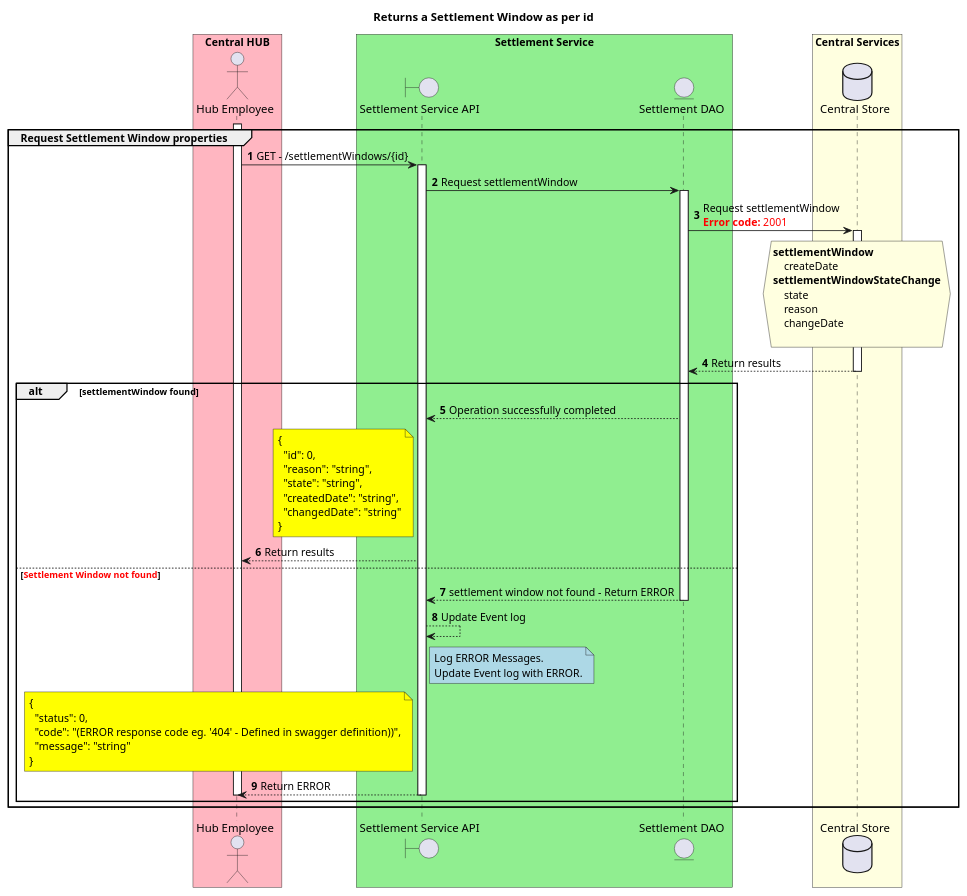
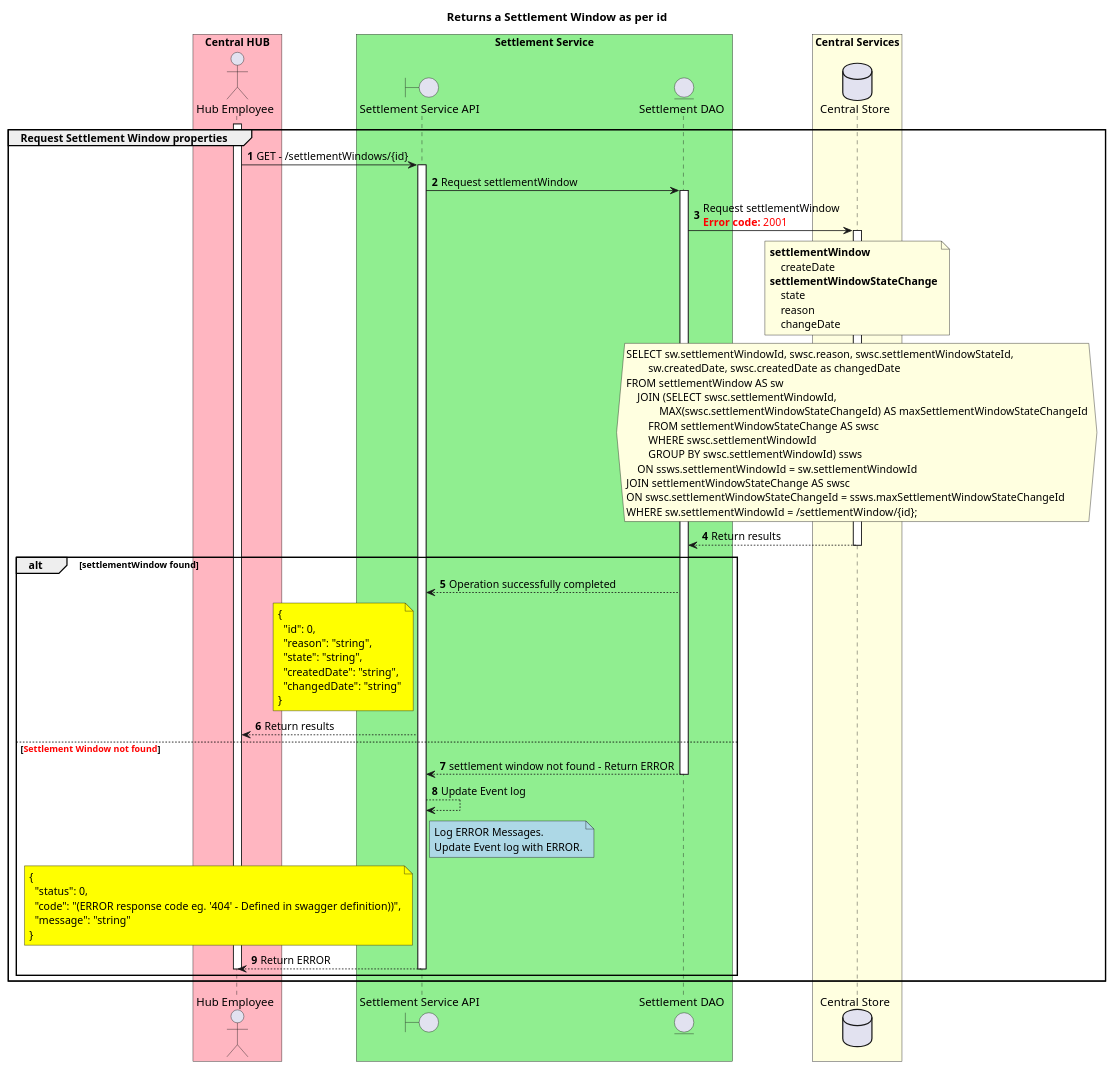
One commit to HenkKodde/docs changed the diagram in CentralServices/seq_diagrams/seq-settleWindow-6.1.1.plantuml. Above: the diagram before and after it, drawn with PlantUML. The commit also changed 7 other files, not shown here.

```diff
--- a/CentralServices/seq_diagrams/seq-settleWindow-6.1.1.plantuml
+++ b/CentralServices/seq_diagrams/seq-settleWindow-6.1.1.plantuml
@@ -1,88 +1,94 @@
 @startuml
 ' declate title
 title Returns a Settlement Window as per id
 'title 6.1.1. getSettlementWindowById GET: /settlementWindows
 
 autonumber
 
 ' declare actors
 actor "Hub Employee" as OPERATOR
 
 boundary "Settlement Service API" as SSAPI
 entity "Settlement DAO" as SETTLE_DAO
 
 database "Central Store" as DB
 
 box "Central HUB" #LightPink
     participant OPERATOR
 end box
 
 box "Settlement Service" #LightGreen
     participant SSAPI
     participant SETTLE_DAO
 end box
 
 box "Central Services" #LightYellow
     participant DB
 end box
 
 ' start flow
 group Request Settlement Window properties
     activate OPERATOR
     OPERATOR -> SSAPI: GET - /settlementWindows/{id}
     activate SSAPI
     SSAPI -> SETTLE_DAO: Request settlementWindow
     activate SETTLE_DAO
     SETTLE_DAO -> DB: Request settlementWindow\n<color #FF0000><b>Error code:</b> 2001</color>
     activate DB
-    hnote over DB #LightYellow
+    note over DB #LightYellow
         **settlementWindow**
             createDate
         **settlementWindowStateChange**
             state
             reason
             changeDate
-'        SELECT MAX(settlementWindowStateId) as currentstate
-'        FROM **settlementWindowStateChange**
-'        WHERE (settlementWindowId = {id})
-'        GROUP BY settlementWindowStateId
-
-'        SELECT settlementWindowId, settlementWindowStateId, reason, createDate
-'        FROM **settlementWindowStateChange**
-'        WHERE (settlementWindowStateId = {currentstate});
+    end note
+    hnote over DB #LightYellow
+        SELECT sw.settlementWindowId, swsc.reason, swsc.settlementWindowStateId,
+                sw.createdDate, swsc.createdDate as changedDate
+        FROM settlementWindow AS sw
+            JOIN (SELECT swsc.settlementWindowId,
+                    MAX(swsc.settlementWindowStateChangeId) AS maxSettlementWindowStateChangeId
+                FROM settlementWindowStateChange AS swsc
+                WHERE swsc.settlementWindowId
+                GROUP BY swsc.settlementWindowId) ssws
+            ON ssws.settlementWindowId = sw.settlementWindowId
+        JOIN settlementWindowStateChange AS swsc
+        ON swsc.settlementWindowStateChangeId = ssws.maxSettlementWindowStateChangeId
+        WHERE sw.settlementWindowId = /settlementWindow/{id};
     end hnote
     SETTLE_DAO <-- DB: Return results
     deactivate DB
     alt settlementWindow found
         SSAPI <-- SETTLE_DAO: Operation successfully completed
         note left of SSAPI #Yellow
             {
               "id": 0,
               "reason": "string",
               "state": "string",
               "createdDate": "string",
               "changedDate": "string"
             }
         end note
         OPERATOR <-- SSAPI: Return results
     else <color #FF0000><b>Settlement Window not found</b></color>
         SETTLE_DAO --> SSAPI: settlement window not found - Return ERROR
         deactivate SETTLE_DAO
         SSAPI --> SSAPI: Update Event log
         note right of SSAPI #LightBlue
             Log ERROR Messages.
             Update Event log with ERROR.
         end note
         note left of SSAPI #Yellow
             {
               "status": 0,
               "code": "(ERROR response code eg. '404' - Defined in swagger definition))",
               "message": "string"
             }
         end note
         OPERATOR <-- SSAPI: Return ERROR
     deactivate SSAPI
     deactivate OPERATOR
     end
 end
 @enduml
```
